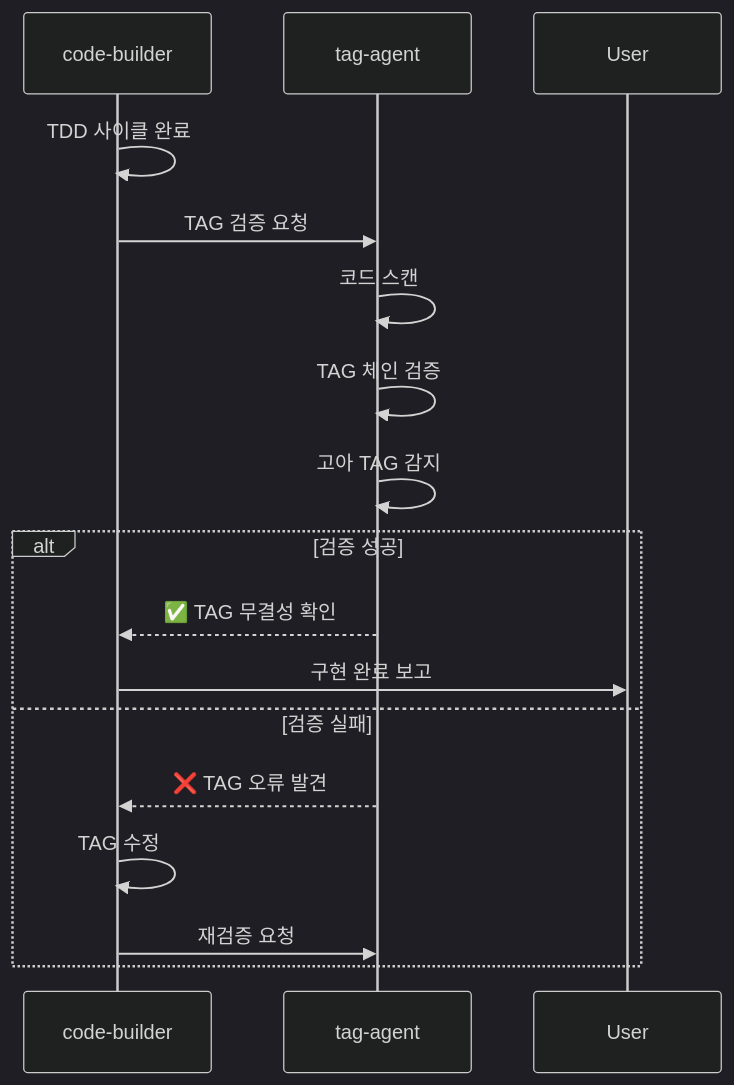
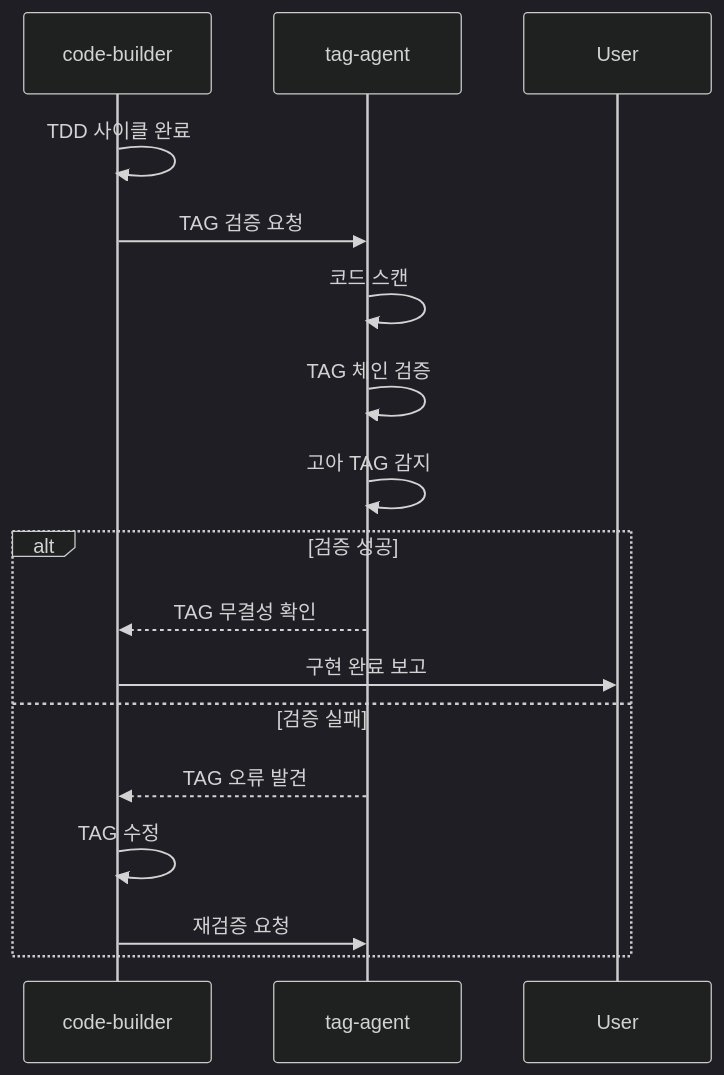
The sixth of 7 diagrams in docs/claude/agents/code-builder.md (modu-ai/moai-adk), drawn with Mermaid (dark theme) before and after one commit. The commit also changed other lines of this file and 19 other files, not shown here.

First line of the commit message:
🎨 fix: docs 전체 Mermaid 다이어그램 특수문자 오류 수정 (19개 파일)

````diff
--- a/docs/claude/agents/code-builder.md
+++ b/docs/claude/agents/code-builder.md
@@ -697,22 +697,22 @@
 ```mermaid
 sequenceDiagram
     participant CB as code-builder
     participant TA as tag-agent
     participant User
 
     CB->>CB: TDD 사이클 완료
 
     CB->>TA: TAG 검증 요청
     TA->>TA: 코드 스캔
     TA->>TA: TAG 체인 검증
     TA->>TA: 고아 TAG 감지
 
     alt 검증 성공
-        TA-->>CB: ✅ TAG 무결성 확인
+        TA-->>CB: TAG 무결성 확인
         CB->>User: 구현 완료 보고
     else 검증 실패
-        TA-->>CB: ❌ TAG 오류 발견
+        TA-->>CB: TAG 오류 발견
         CB->>CB: TAG 수정
         CB->>TA: 재검증 요청
     end
 ```
````
